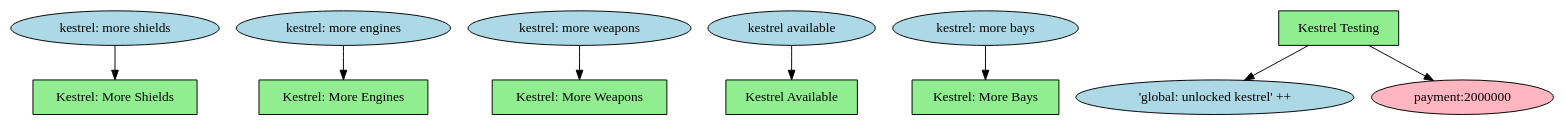
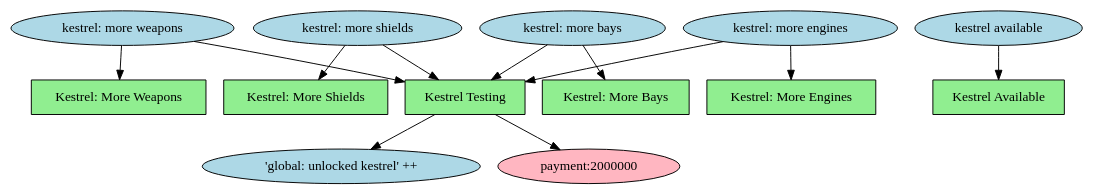
The diagram in mission-tree/output.dot (thetazero/endless-sky), drawn with Graphviz before and after one commit. The commit also changed 3 other files, not shown here.

```diff
--- a/mission-tree/output.dot
+++ b/mission-tree/output.dot
@@ -1,22 +1,30 @@
 digraph G {
+"'global: unlocked kestrel' ++" [shape=ellipse,fillcolor=lightblue,style=filled]
+"kestrel: more weapons" [shape=ellipse,fillcolor=lightblue,style=filled]
+"kestrel available" [shape=ellipse,fillcolor=lightblue,style=filled]
+"kestrel: more shields" [shape=ellipse,fillcolor=lightblue,style=filled]
+"kestrel: more bays" [shape=ellipse,fillcolor=lightblue,style=filled]
+"kestrel: more weapons" [shape=ellipse,fillcolor=lightblue,style=filled]
+"kestrel: more bays" [shape=ellipse,fillcolor=lightblue,style=filled]
 "kestrel: more shields" [shape=ellipse,fillcolor=lightblue,style=filled]
 "kestrel: more engines" [shape=ellipse,fillcolor=lightblue,style=filled]
-"kestrel: more weapons" [shape=ellipse,fillcolor=lightblue,style=filled]
-"kestrel available" [shape=ellipse,fillcolor=lightblue,style=filled]
-"kestrel: more bays" [shape=ellipse,fillcolor=lightblue,style=filled]
-"'global: unlocked kestrel' ++" [shape=ellipse,fillcolor=lightblue,style=filled]
+"kestrel: more engines" [shape=ellipse,fillcolor=lightblue,style=filled]
 "Kestrel Testing" [shape=box,fillcolor=lightgreen,style=filled]
 "Kestrel: More Weapons" [shape=box,fillcolor=lightgreen,style=filled]
 "Kestrel: More Engines" [shape=box,fillcolor=lightgreen,style=filled]
 "Kestrel: More Shields" [shape=box,fillcolor=lightgreen,style=filled]
 "Kestrel: More Bays" [shape=box,fillcolor=lightgreen,style=filled]
 "Kestrel Available" [shape=box,fillcolor=lightgreen,style=filled]
 "payment:2000000" [shape=oval,fillcolor=lightpink,style=filled]
 "Kestrel Testing" -> "payment:2000000"
 "Kestrel Testing" -> "'global: unlocked kestrel' ++"
+"kestrel: more weapons" -> "Kestrel Testing"
+"kestrel: more engines" -> "Kestrel Testing"
+"kestrel: more shields" -> "Kestrel Testing"
+"kestrel: more bays" -> "Kestrel Testing"
 "kestrel: more weapons" -> "Kestrel: More Weapons"
 "kestrel: more engines" -> "Kestrel: More Engines"
 "kestrel: more shields" -> "Kestrel: More Shields"
 "kestrel: more bays" -> "Kestrel: More Bays"
 "kestrel available" -> "Kestrel Available"
 }
```
